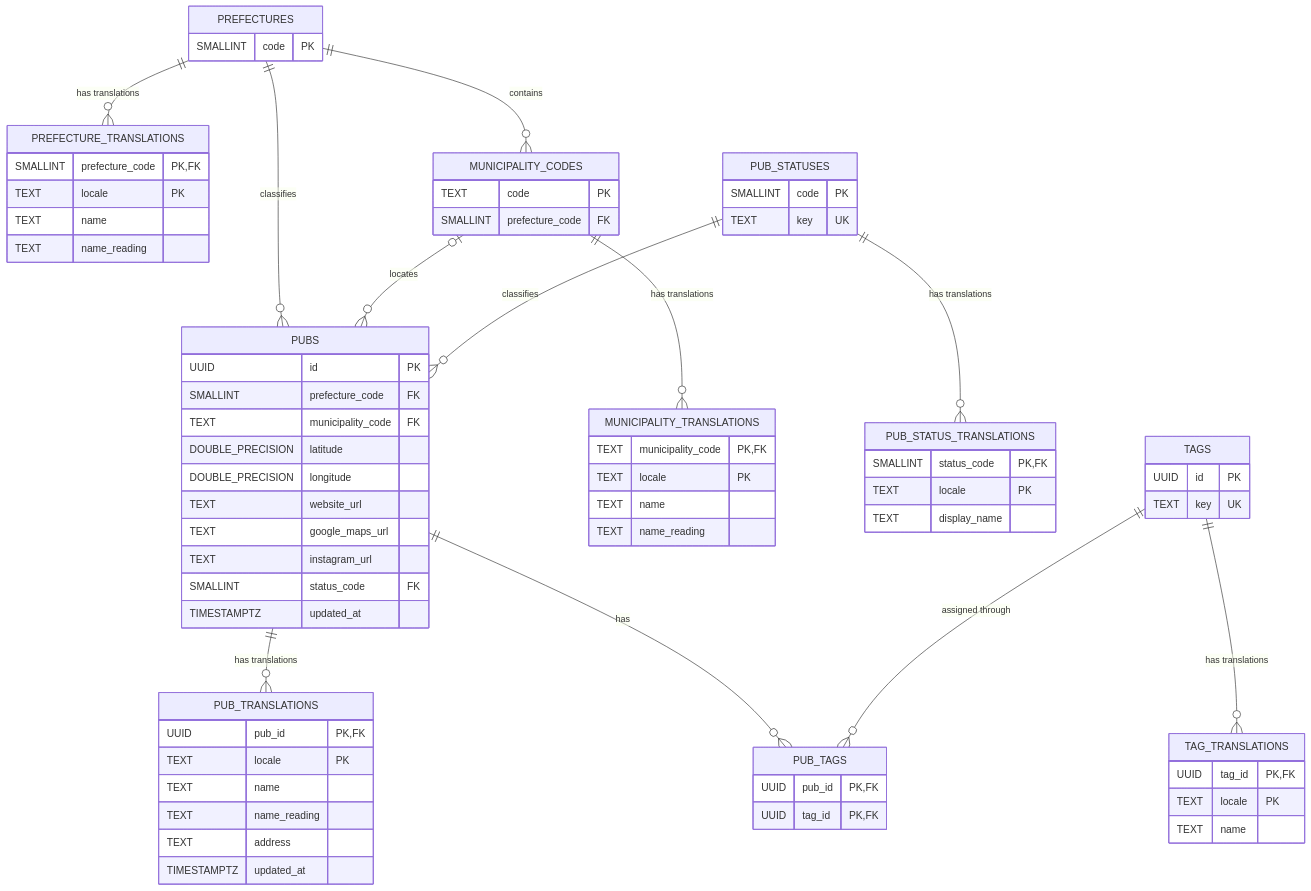
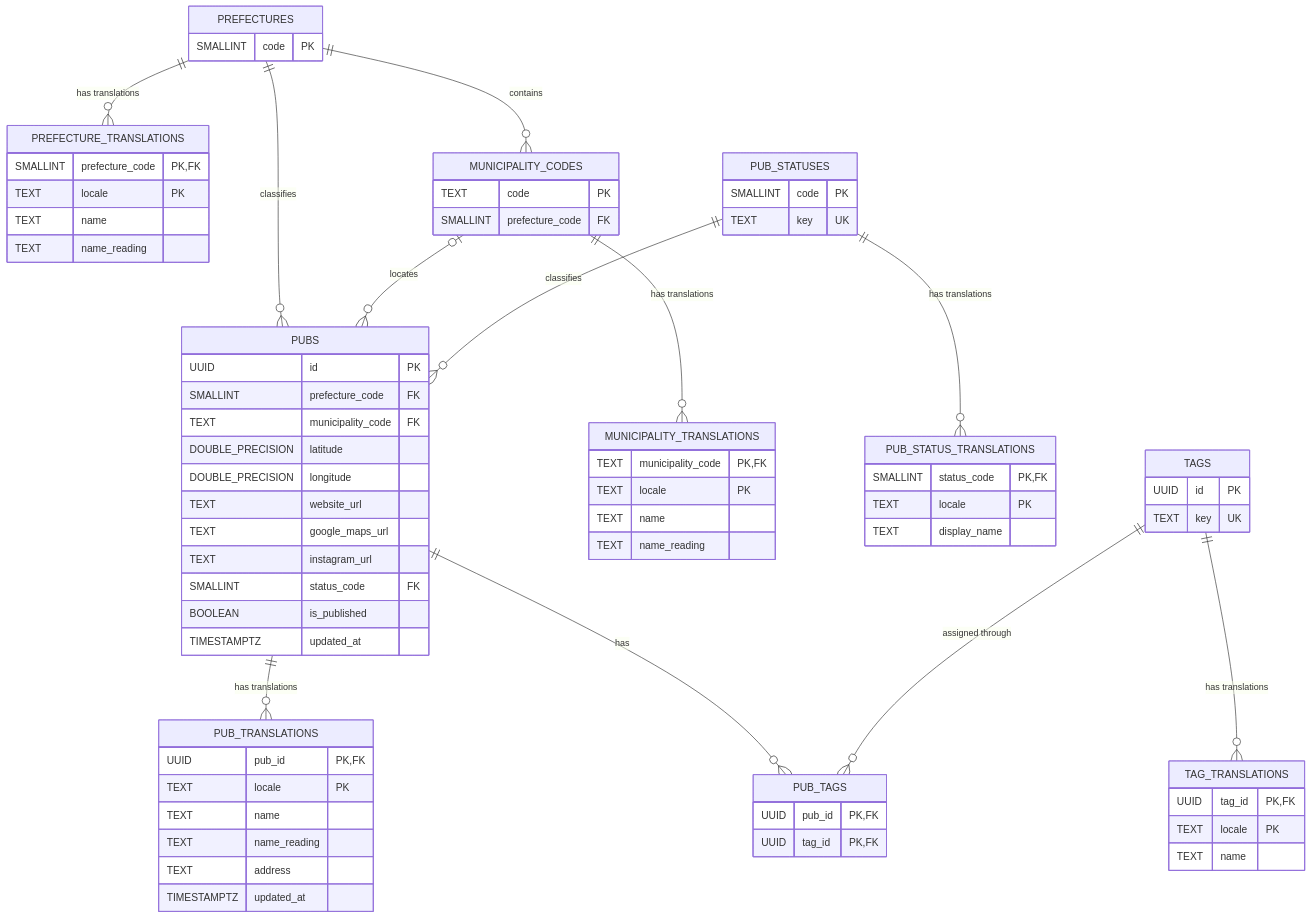
One commit to yusukefr/irishpub-map changed the diagram in docs/specs/database.md. Above: the diagram before and after it, drawn with Mermaid. The commit also changed other lines of this file and 20 other files, not shown here.

````diff
--- a/docs/specs/database.md
+++ b/docs/specs/database.md
@@ -31,76 +31,77 @@
 ```mermaid
 erDiagram
   PREFECTURES ||--o{ PREFECTURE_TRANSLATIONS : "has translations"
   PREFECTURES ||--o{ MUNICIPALITY_CODES : "contains"
   PREFECTURES ||--o{ PUBS : "classifies"
   MUNICIPALITY_CODES ||--o{ MUNICIPALITY_TRANSLATIONS : "has translations"
   MUNICIPALITY_CODES o|--o{ PUBS : "locates"
   PUB_STATUSES ||--o{ PUB_STATUS_TRANSLATIONS : "has translations"
   PUB_STATUSES ||--o{ PUBS : "classifies"
   PUBS ||--o{ PUB_TRANSLATIONS : "has translations"
   PUBS ||--o{ PUB_TAGS : "has"
   TAGS ||--o{ TAG_TRANSLATIONS : "has translations"
   TAGS ||--o{ PUB_TAGS : "assigned through"
 
   PUBS {
     UUID id PK
     SMALLINT prefecture_code FK
     TEXT municipality_code FK
     DOUBLE_PRECISION latitude
     DOUBLE_PRECISION longitude
     TEXT website_url
     TEXT google_maps_url
     TEXT instagram_url
     SMALLINT status_code FK
+    BOOLEAN is_published
     TIMESTAMPTZ updated_at
   }
   PUB_TRANSLATIONS {
     UUID pub_id PK, FK
     TEXT locale PK
     TEXT name
     TEXT name_reading
     TEXT address
     TIMESTAMPTZ updated_at
   }
   PREFECTURES {
     SMALLINT code PK
   }
   PREFECTURE_TRANSLATIONS {
     SMALLINT prefecture_code PK, FK
     TEXT locale PK
     TEXT name
     TEXT name_reading
   }
   MUNICIPALITY_CODES {
     TEXT code PK
     SMALLINT prefecture_code FK
   }
   MUNICIPALITY_TRANSLATIONS {
     TEXT municipality_code PK, FK
     TEXT locale PK
     TEXT name
     TEXT name_reading
   }
   PUB_STATUSES {
     SMALLINT code PK
     TEXT key UK
   }
   PUB_STATUS_TRANSLATIONS {
     SMALLINT status_code PK, FK
     TEXT locale PK
     TEXT display_name
   }
   TAGS {
     UUID id PK
     TEXT key UK
   }
   TAG_TRANSLATIONS {
     UUID tag_id PK, FK
     TEXT locale PK
     TEXT name
   }
   PUB_TAGS {
     UUID pub_id PK, FK
     UUID tag_id PK, FK
   }
 ```
````
